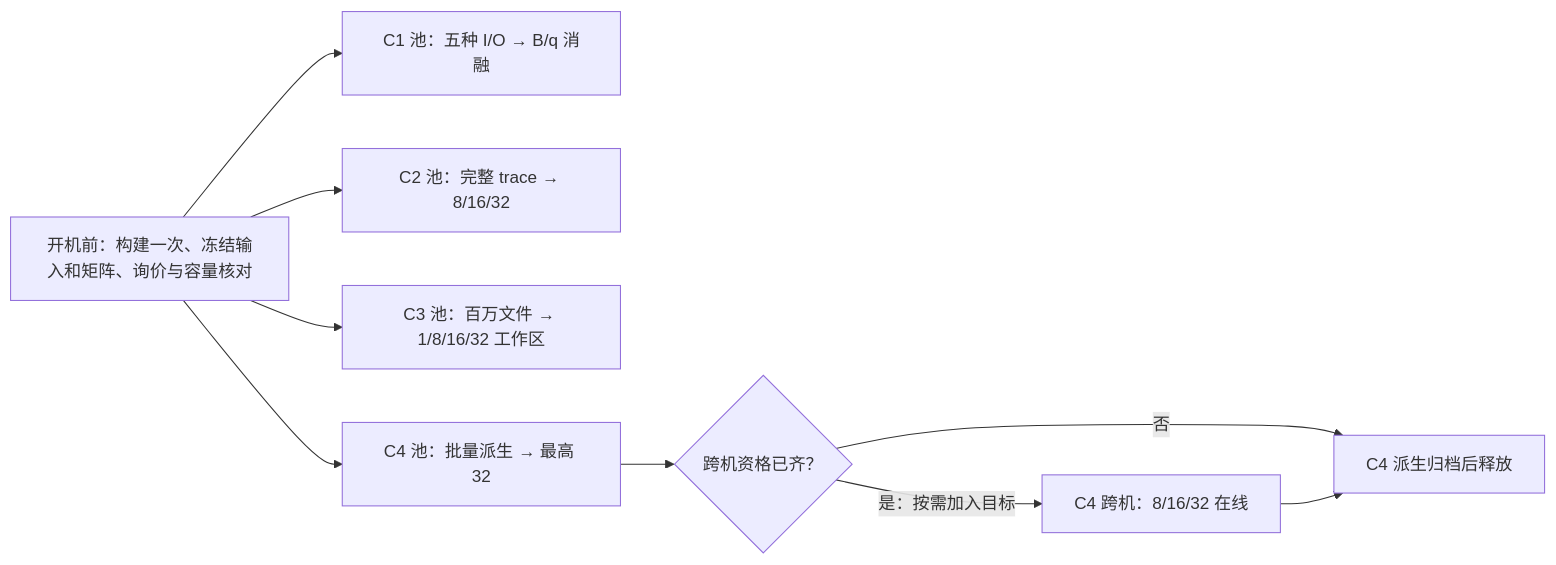
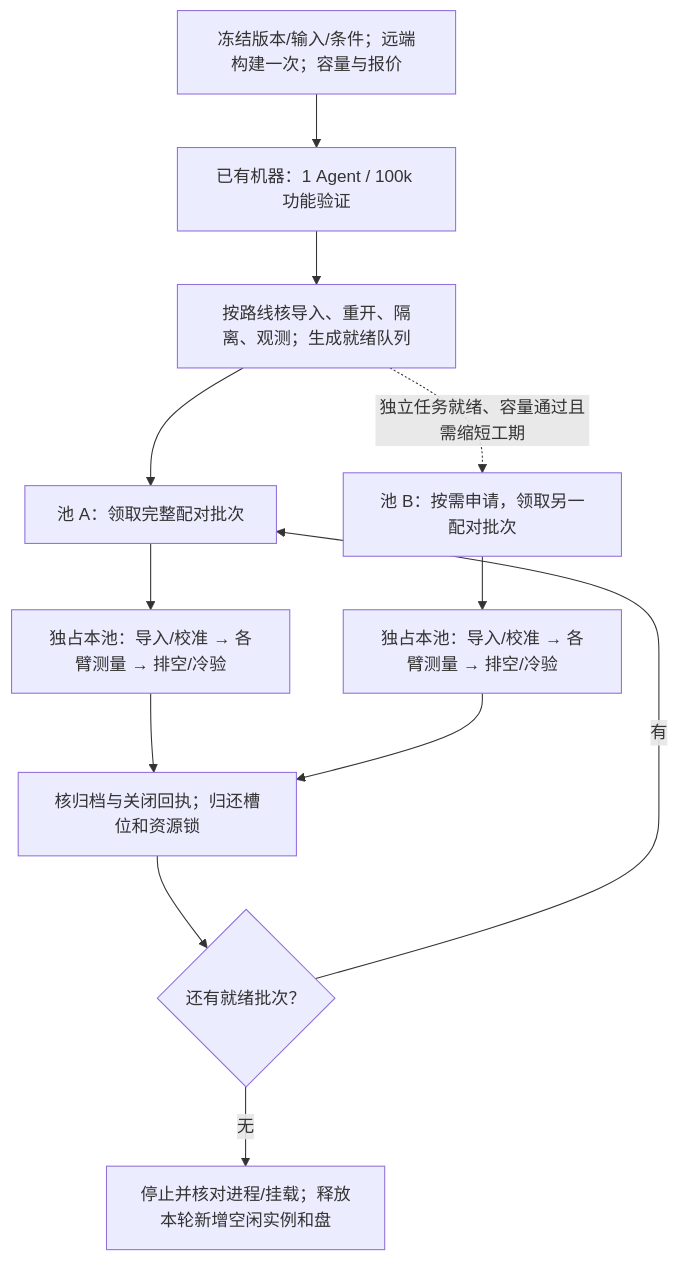
One commit to Ivanbeethoven/ax-multi-agent-experiments changed the diagram in experiments/unified-suite/MAIN-SCALE.zh.md. Above: the diagram before and after it, drawn with Mermaid. The commit also changed other lines of this file and 61 other files, not shown here.

````diff
--- a/experiments/unified-suite/MAIN-SCALE.zh.md
+++ b/experiments/unified-suite/MAIN-SCALE.zh.md
@@ -61,11 +16,14 @@
 ```mermaid
-flowchart LR
-    P["开机前：构建一次、冻结输入和矩阵、询价与容量核对"] --> C1["C1 池：五种 I/O → B/q 消融"]
-    P --> C2["C2 池：完整 trace → 8/16/32"]
-    P --> C3["C3 池：百万文件 → 1/8/16/32 工作区"]
-    P --> C4["C4 池：批量派生 → 最高 32"]
-    C4 --> H{"跨机资格已齐？"}
-    H -->|"是：按需加入目标"| M["C4 跨机：8/16/32 在线"]
-    H -->|"否"| R["C4 派生归档后释放"]
-    M --> R
+flowchart TD
+  P["冻结版本/输入/条件；远端构建一次；容量与报价"] --> Q["已有机器：1 Agent / 100k 功能验证"]
+  Q --> G["按路线核导入、重开、隔离、观测；生成就绪队列"]
+  G --> A["池 A：领取完整配对批次"]
+  G -. "独立任务就绪、容量通过且需缩短工期" .-> B["池 B：按需申请，领取另一配对批次"]
+  A --> LA["独占本池：导入/校准 → 各臂测量 → 排空/冷验"]
+  B --> LB["独占本池：导入/校准 → 各臂测量 → 排空/冷验"]
+  LA --> R["核归档与关闭回执；归还槽位和资源锁"]
+  LB --> R
+  R --> D{"还有就绪批次？"}
+  D -->|有| A
+  D -->|无| X["停止并核对进程/挂载；释放本轮新增空闲实例和盘"]
 ```
````
